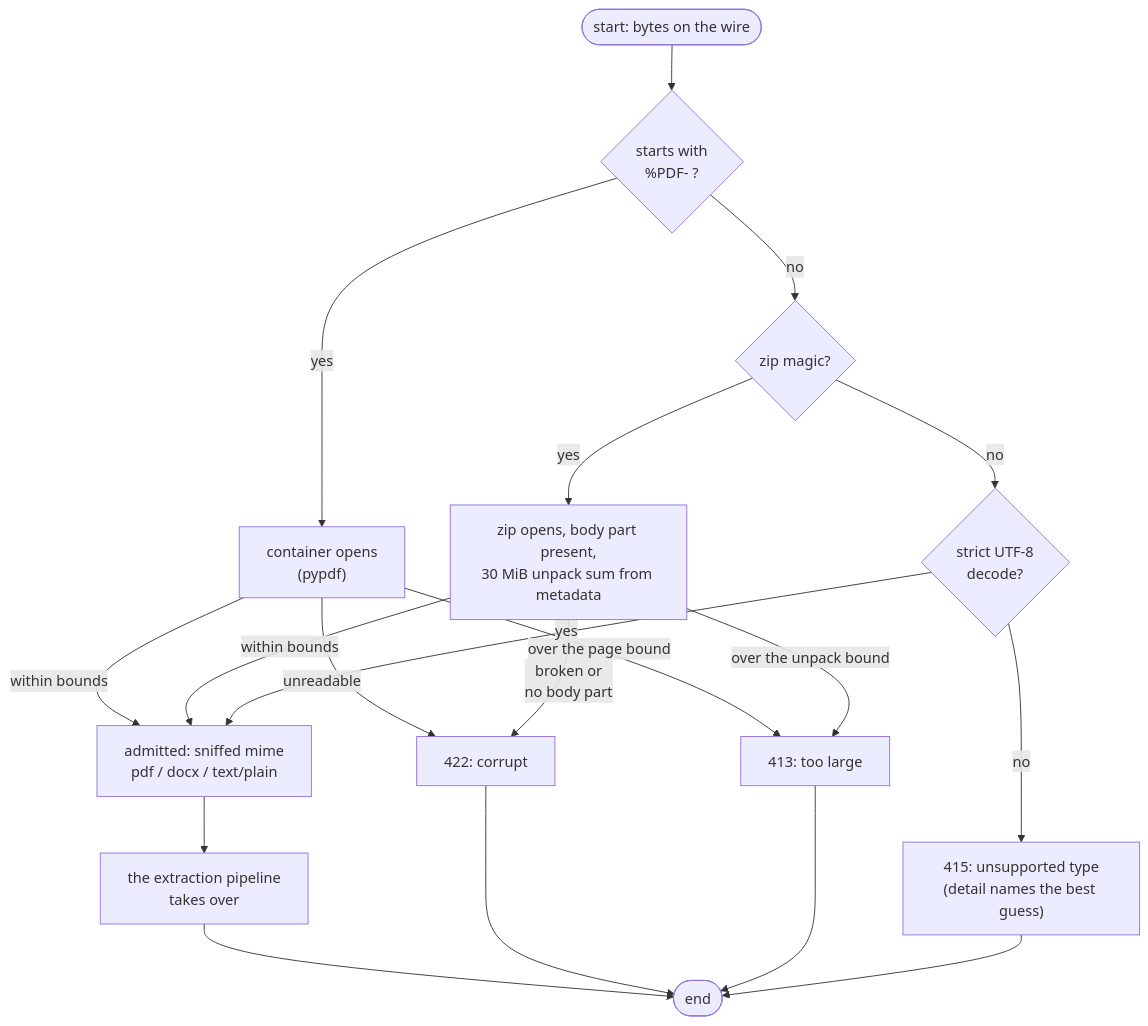
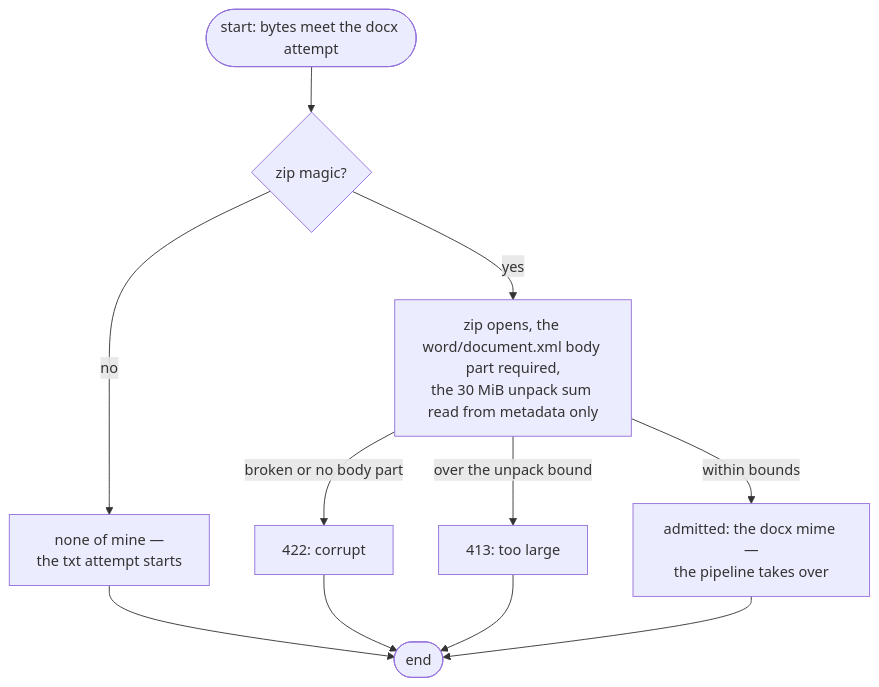
One commit to kunalPisolkar24/detectAI changed the third of 8 diagrams in services/document-parser/docs/concepts/validation.md. Above: the diagram before and after it, drawn with Mermaid. The commit also changed other lines of this file, not shown here.

Commit message:
Replace the validation walk chart with an overview and per-strategy component charts

````diff
--- a/services/document-parser/docs/concepts/validation.md
+++ b/services/document-parser/docs/concepts/validation.md
@@ -25,20 +59,13 @@
 ```mermaid
 graph TB
-    START(["start: bytes on the wire"]) --> PDFS{"starts with<br/>%PDF- ?"}
-    PDFS -->|"no"| ZIPS{"zip magic?"}
-    PDFS -->|"yes"| POPEN["container opens<br/>(pypdf)"]
-    POPEN -->|"unreadable"| C422["422: corrupt"]
-    POPEN -->|"over the page bound"| L413["413: too large"]
-    POPEN -->|"within bounds"| ADMITTED["admitted: sniffed mime<br/>pdf / docx / text/plain"]
-    ZIPS -->|"no"| TXTS{"strict UTF-8<br/>decode?"}
-    ZIPS -->|"yes"| ZOPEN["zip opens, body part present,<br/>30 MiB unpack sum from metadata"]
-    ZOPEN -->|"broken or<br/>no body part"| C422
-    ZOPEN -->|"over the unpack bound"| L413
-    ZOPEN -->|"within bounds"| ADMITTED
-    TXTS -->|"no"| DECLINE["415: unsupported type<br/>(detail names the best guess)"]
-    TXTS -->|"yes"| ADMITTED
-    ADMITTED --> EXTRACT["the extraction pipeline<br/>takes over"] --> END(["end"])
-    C422 --> END
-    L413 --> END
-    DECLINE --> END
+    START(["start: bytes meet the docx attempt"]) --> SIG{"zip magic?"}
+    SIG -->|"no"| MISS["none of mine —<br/>the txt attempt starts"]
+    SIG -->|"yes"| OPEN["zip opens, the word/document.xml body part required,<br/>the 30 MiB unpack sum read from metadata only"]
+    OPEN -->|"broken or no body part"| O1["422: corrupt"]
+    OPEN -->|"over the unpack bound"| O2["413: too large"]
+    OPEN -->|"within bounds"| O3["admitted: the docx mime —<br/>the pipeline takes over"]
+    MISS --> END(["end"])
+    O1 --> END
+    O2 --> END
+    O3 --> END
 ```
````
